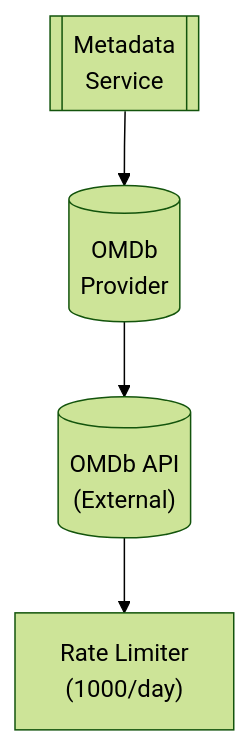
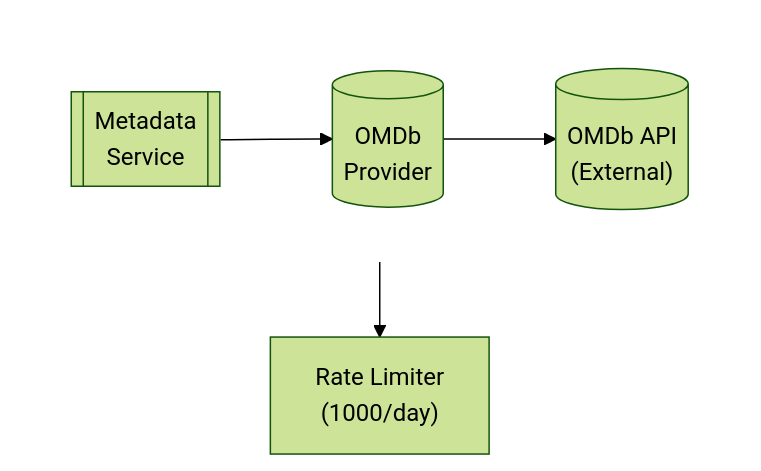
Before and after one commit to lusoris/revenge: the diagram in docs/dev/design/integrations/metadata/video/OMDB.md, drawn with Mermaid (forest theme). The commit also changed 210 other files, not shown here.

First line of the commit message:
feat(docs): Add horizontal layout support for Mermaid diagrams

````diff
--- a/docs/dev/design/integrations/metadata/video/OMDB.md
+++ b/docs/dev/design/integrations/metadata/video/OMDB.md
@@ -59,10 +59,16 @@
 ```mermaid
 flowchart TD
-    node1[["Metadata<br/>Service"]]
-    node2[("OMDb<br/>Provider")]
-    node3[("OMDb API<br/>(External)")]
+    subgraph row1[ ]
+        direction LR
+        node1[["Metadata<br/>Service"]]
+        node2[("OMDb<br/>Provider")]
+        node3[("OMDb API<br/>(External)")]
+    end
     node4["Rate Limiter<br/>(1000/day)"]
     node1 --> node2
     node2 --> node3
     node3 --> node4
+
+    %% Hide row subgraph borders
+    style row1 fill:transparent,stroke:transparent
 ```
````
